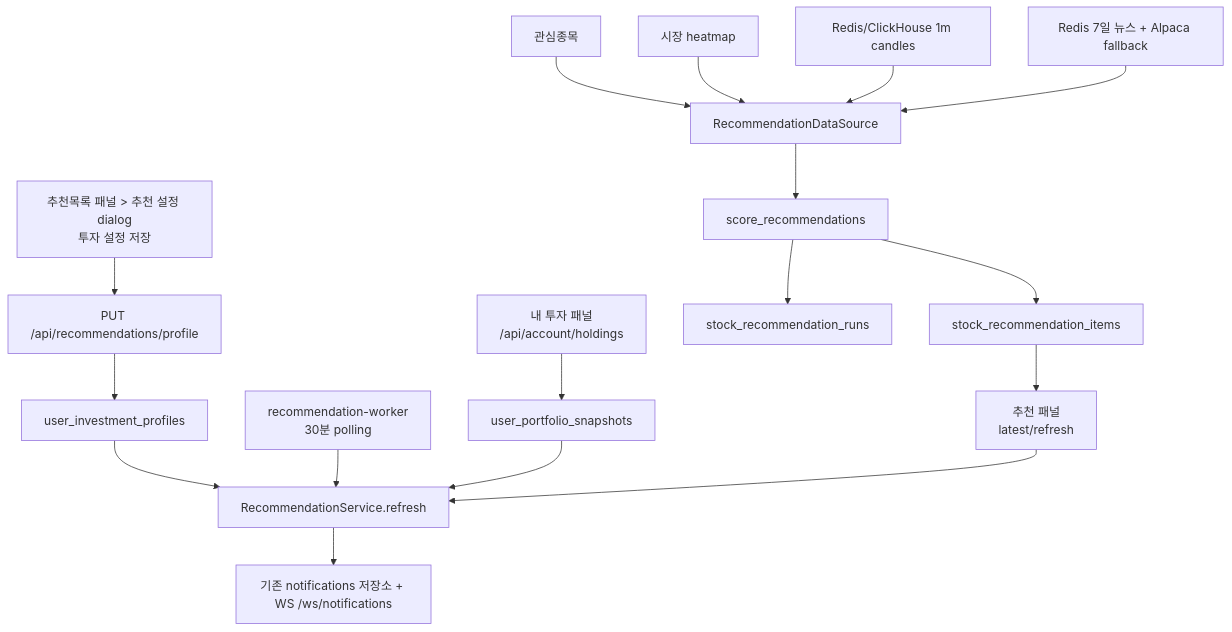
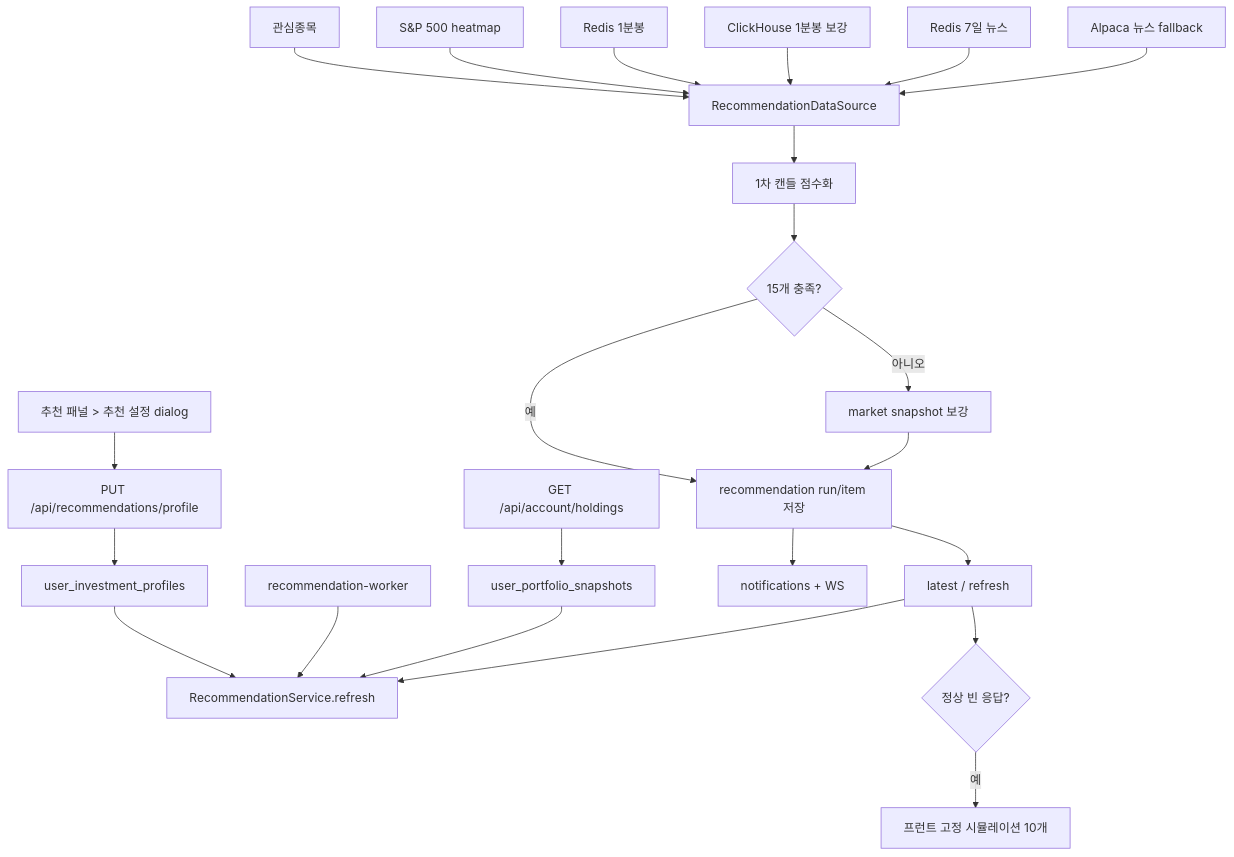
The diagram in docs/STOCK_RECOMMENDATION_PANEL.md (seunglee10/GOPS-BE), drawn with Mermaid before and after one commit. The commit also changed other lines of this file and 1 other file, not shown here.

````diff
--- a/docs/STOCK_RECOMMENDATION_PANEL.md
+++ b/docs/STOCK_RECOMMENDATION_PANEL.md
@@ -47,19 +102,28 @@
 ```mermaid
 flowchart TD
-  Profile["추천목록 패널 > 추천 설정 dialog<br/>투자 설정 저장"] --> ProfileAPI["PUT /api/recommendations/profile"]
-  Holdings["내 투자 패널<br/>/api/account/holdings"] --> Snapshot["user_portfolio_snapshots"]
-  Worker["recommendation-worker<br/>30분 polling"] --> Service["RecommendationService.refresh"]
-  Panel["추천 패널<br/>latest/refresh"] --> Service
+  Profile["추천 패널 > 추천 설정 dialog"] --> ProfileAPI["PUT /api/recommendations/profile"]
+  Holdings["GET /api/account/holdings"] --> Snapshot["user_portfolio_snapshots"]
+  Worker["recommendation-worker"] --> Service["RecommendationService.refresh"]
+  Panel["latest / refresh"] --> Service
   ProfileAPI --> Profiles["user_investment_profiles"]
   Profiles --> Service
   Snapshot --> Service
+
   Watchlist["관심종목"] --> DataSource["RecommendationDataSource"]
-  Heatmap["시장 heatmap"] --> DataSource
-  Candles["Redis/ClickHouse 1m candles"] --> DataSource
-  News["Redis 7일 뉴스 + Alpaca fallback"] --> DataSource
-  DataSource --> Scoring["score_recommendations"]
-  Scoring --> Runs["stock_recommendation_runs"]
-  Scoring --> Items["stock_recommendation_items"]
-  Service --> Notify["기존 notifications 저장소 + WS /ws/notifications"]
-  Items --> Panel
+  Heatmap["S&P 500 heatmap"] --> DataSource
+  RedisCandles["Redis 1분봉"] --> DataSource
+  ClickHouseCandles["ClickHouse 1분봉 보강"] --> DataSource
+  RedisNews["Redis 7일 뉴스"] --> DataSource
+  AlpacaNews["Alpaca 뉴스 fallback"] --> DataSource
+
+  DataSource --> Primary["1차 캔들 점수화"]
+  Primary --> Enough{"15개 충족?"}
+  Enough -->|예| Runs["recommendation run/item 저장"]
+  Enough -->|아니오| BackendFallback["market snapshot 보강"]
+  BackendFallback --> Runs
+  Runs --> Notify["notifications + WS"]
+  Runs --> Panel
+
+  Panel --> Empty{"정상 빈 응답?"}
+  Empty -->|예| FrontFallback["프런트 고정 시뮬레이션 10개"]
 ```
````
